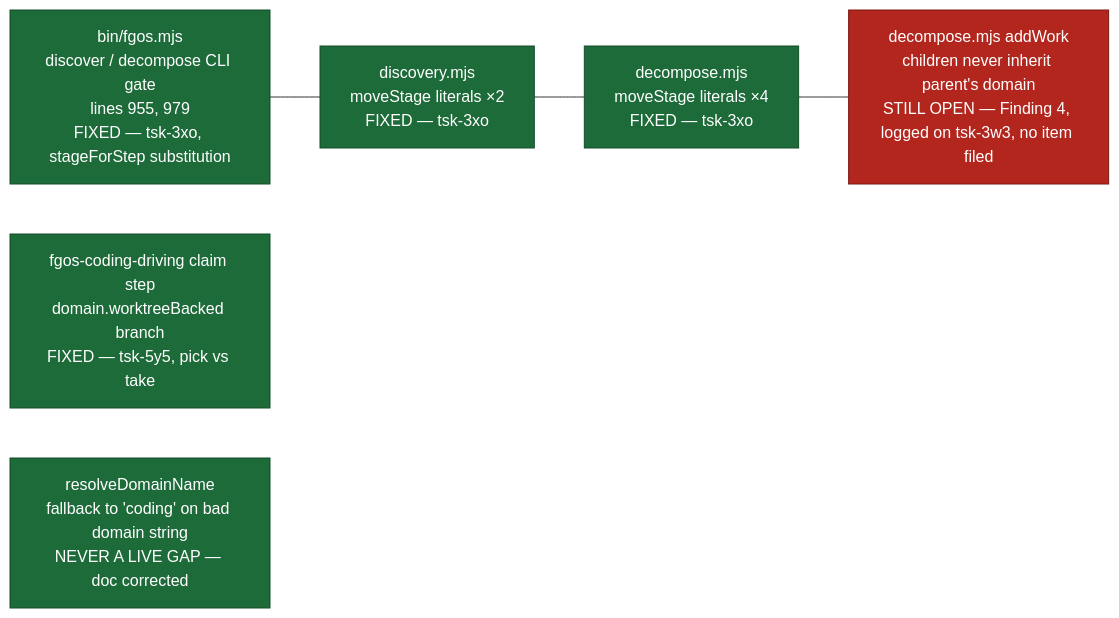
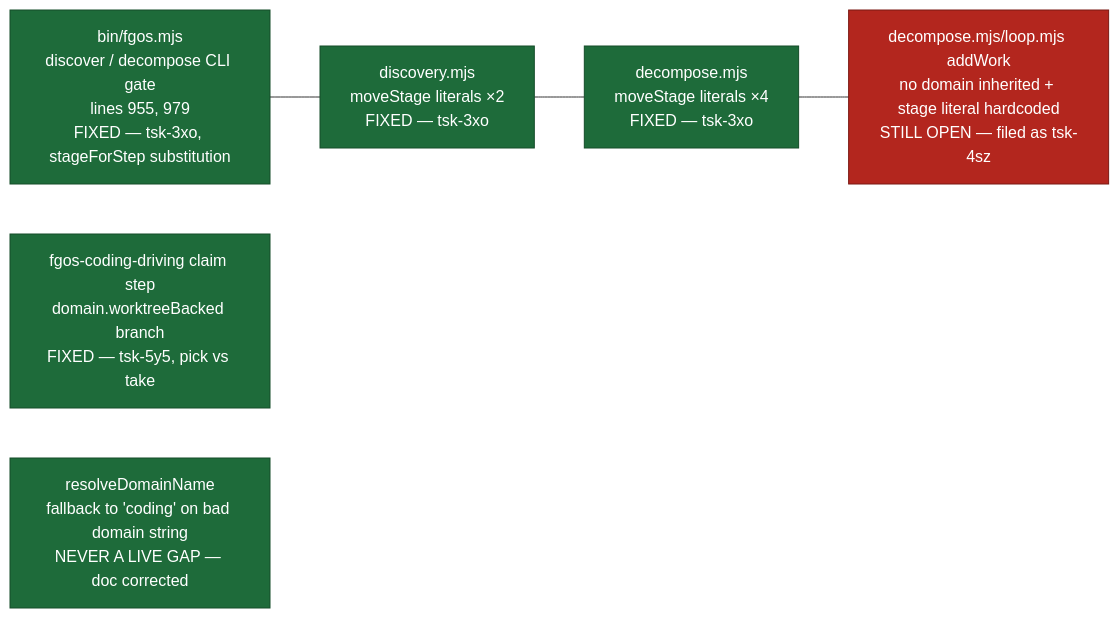
Before and after one commit to vantt/forgent: the fifth of 5 diagrams in plans/reports/internal-research-260804-1230-routing-coding-driving-domain-gap-plan-report.md, drawn with Mermaid. The commit also changed other lines of this file and 3 other files, not shown here.

````diff
--- a/plans/reports/internal-research-260804-1230-routing-coding-driving-domain-gap-plan-report.md
+++ b/plans/reports/internal-research-260804-1230-routing-coding-driving-domain-gap-plan-report.md
@@ -445,14 +452,14 @@
 ```mermaid
 flowchart LR
   classDef bug fill:#b3261e,stroke:#7a1913,color:#fff
   classDef fixed fill:#1e6b3a,stroke:#144d29,color:#fff
 
   CLI["bin/fgos.mjs<br/>discover / decompose CLI gate<br/>lines 955, 979<br/>FIXED — tsk-3xo, stageForStep substitution"]:::fixed
   DISC["discovery.mjs<br/>moveStage literals ×2<br/>FIXED — tsk-3xo"]:::fixed
   DEC["decompose.mjs<br/>moveStage literals ×4<br/>FIXED — tsk-3xo"]:::fixed
-  CHILD["decompose.mjs addWork<br/>children never inherit parent's domain<br/>STILL OPEN — Finding 4, logged on tsk-3w3, no item filed"]:::bug
+  CHILD["decompose.mjs/loop.mjs addWork<br/>no domain inherited + stage literal hardcoded<br/>STILL OPEN — filed as tsk-4sz"]:::bug
   CLAIMSTEP["fgos-coding-driving claim step<br/>domain.worktreeBacked branch<br/>FIXED — tsk-5y5, pick vs take"]:::fixed
   RESOLVE["resolveDomainName<br/>fallback to 'coding' on bad domain string<br/>NEVER A LIVE GAP — doc corrected"]:::fixed
 
   CLI --- DISC --- DEC --- CHILD
 ```
````
